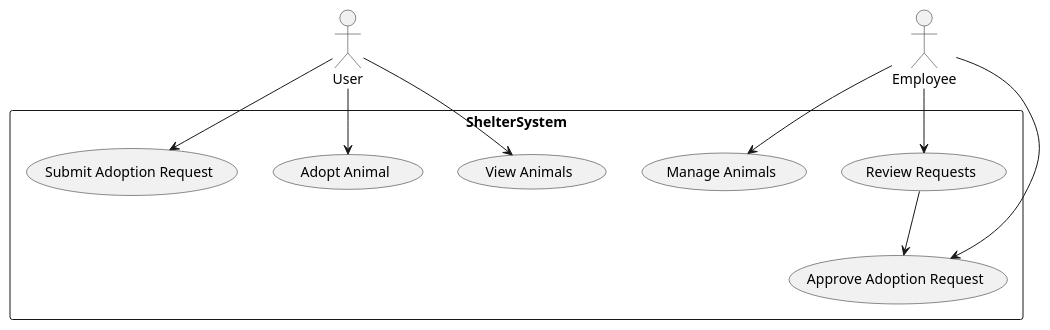
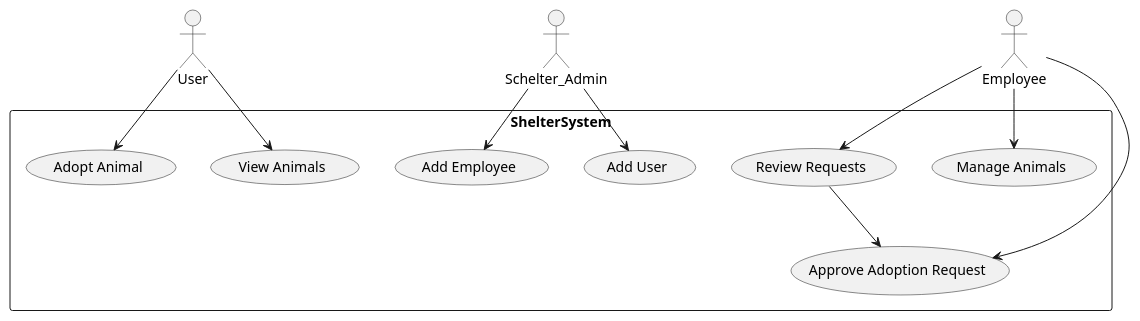
One commit to Pymek11/SchroniskoJava changed the diagram in Docs/DiagramFeatures.puml. Above: the diagram before and after it, drawn with PlantUML. The commit also changed 5 other files, not shown here.

Commit message:
Poprawione Diagramy

```diff
--- a/Docs/DiagramFeatures.puml
+++ b/Docs/DiagramFeatures.puml
@@ -1,24 +1,29 @@
 @startuml
 actor User
 actor Employee as Worker
+actor Schelter_Admin
 
 rectangle ShelterSystem {
     usecase "View Animals" as UC_ViewAnimals
     usecase "Adopt Animal" as UC_AdoptAnimal
-    usecase "Submit Adoption Request" as UC_SubmitRequest
+
     usecase "Manage Animals" as UC_ManageAnimals
     usecase "Review Requests" as UC_ReviewRequests
     usecase "Approve Adoption Request" as UC_ApproveRequest
+    usecase "Add User" as UC_AddUser
+    usecase "Add Employee" as UC_AddEmployee
 }
 
 User --> UC_ViewAnimals
 User --> UC_AdoptAnimal
-User --> UC_SubmitRequest
+
+Schelter_Admin --> UC_AddUser
+Schelter_Admin --> UC_AddEmployee
 
 Worker --> UC_ManageAnimals
 Worker --> UC_ReviewRequests
 Worker --> UC_ApproveRequest
 
 UC_ReviewRequests --> UC_ApproveRequest
 
 @enduml
```
